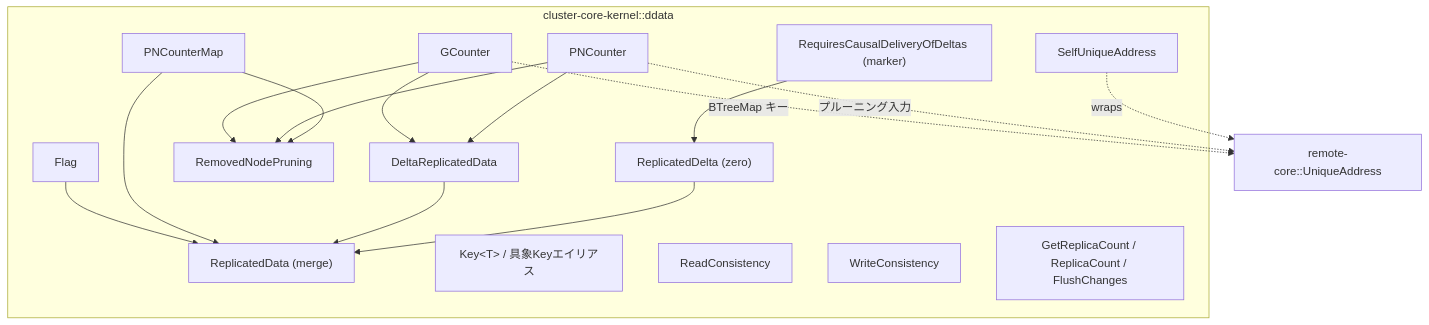
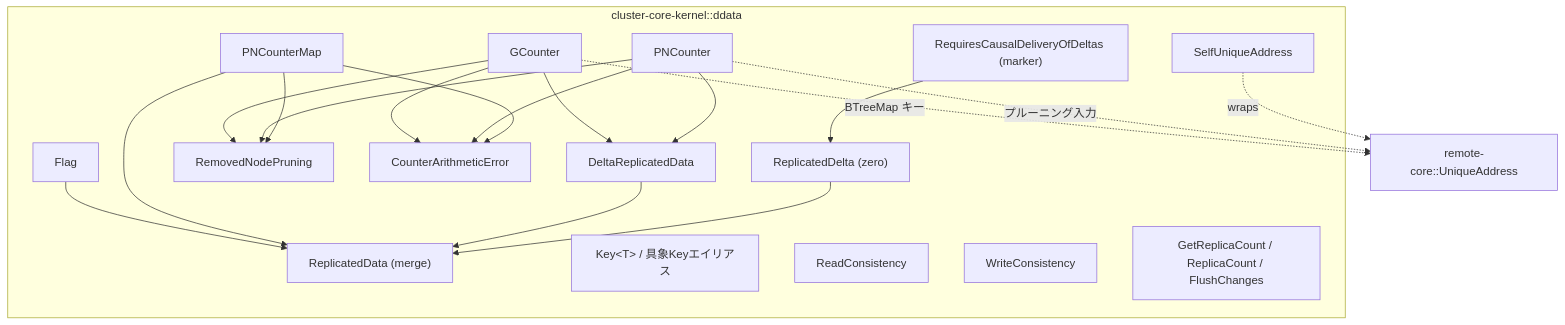
One commit to j5ik2o/fraktor-rs changed the first of 2 diagrams in .kiro/specs/cluster-ddata-core-types/design.md. Above: the diagram before and after it, drawn with Mermaid. The commit also changed other lines of this file and 33 other files, not shown here.

````diff
--- a/.kiro/specs/cluster-ddata-core-types/design.md
+++ b/.kiro/specs/cluster-ddata-core-types/design.md
@@ -60,32 +63,36 @@
 ```mermaid
 graph TD
   subgraph ddata["cluster-core-kernel::ddata"]
     RD["ReplicatedData (merge)"]
     DRD["DeltaReplicatedData"]
     RDelta["ReplicatedDelta (zero)"]
     RCD["RequiresCausalDeliveryOfDeltas (marker)"]
     RNP["RemovedNodePruning"]
+    CAE["CounterArithmeticError"]
 
     Flag --> RD
     GCounter --> DRD
     GCounter --> RNP
+    GCounter --> CAE
     PNCounter --> DRD
     PNCounter --> RNP
+    PNCounter --> CAE
     PNCounterMap --> RD
     PNCounterMap --> RNP
+    PNCounterMap --> CAE
     DRD --> RD
     RDelta --> RD
     RCD --> RDelta
 
     Key["Key&lt;T&gt; / 具象Keyエイリアス"]
     SUA["SelfUniqueAddress"]
     RC["ReadConsistency"]
     WC["WriteConsistency"]
     Aux["GetReplicaCount / ReplicaCount / FlushChanges"]
   end
 
   UA["remote-core::UniqueAddress"]
   GCounter -. "BTreeMap キー" .-> UA
   PNCounter -. プルーニング入力 .-> UA
   SUA -. wraps .-> UA
 ```
````
